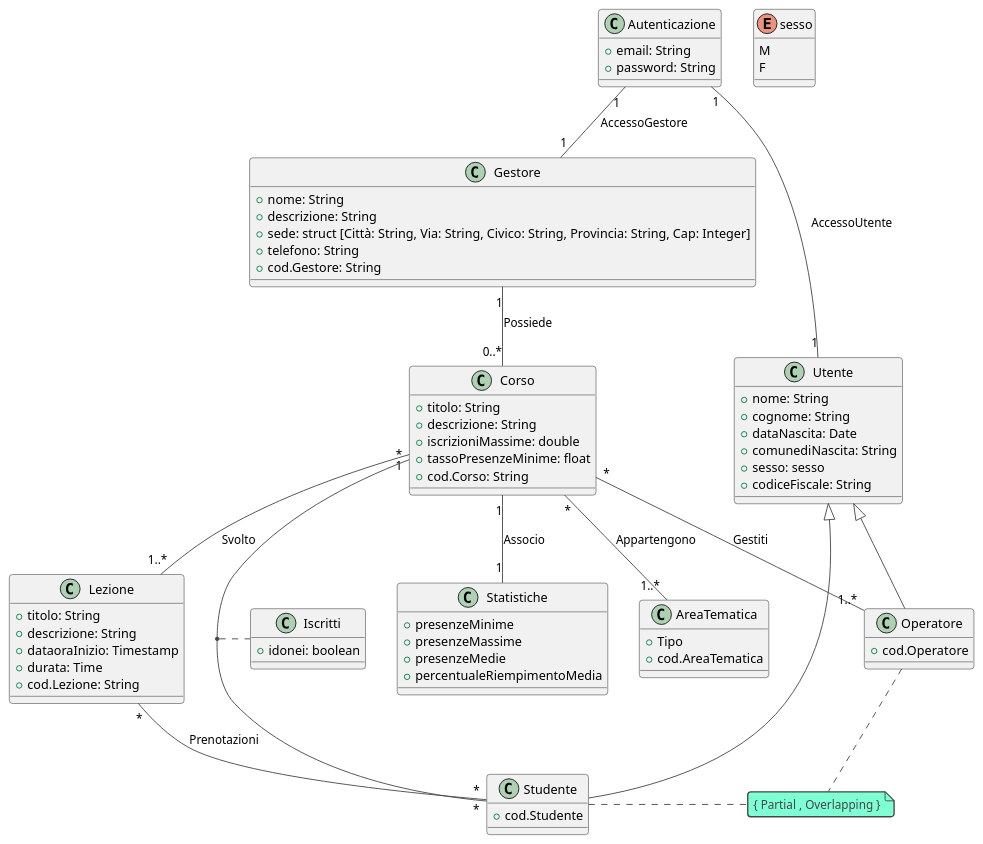
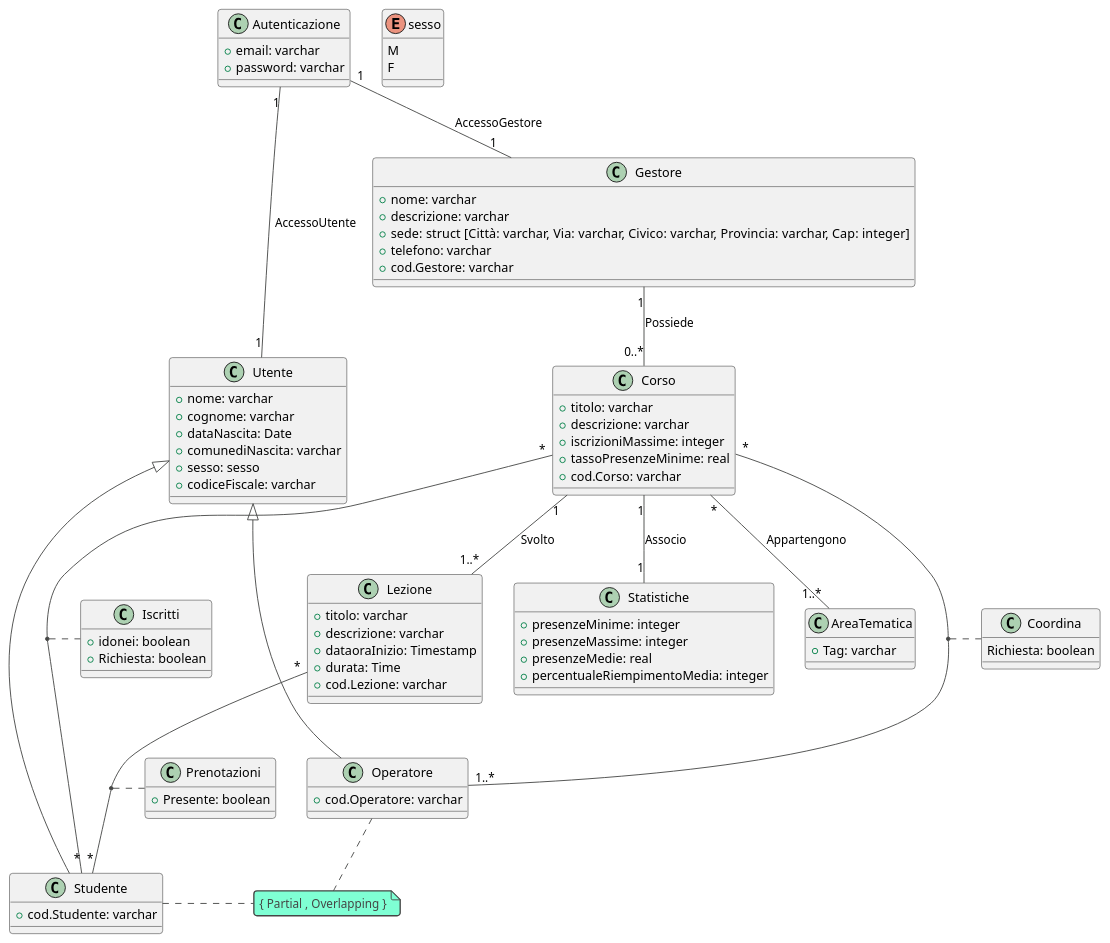
Before and after one commit to agostino-code/OO-BDI-Project: the diagram in UML.puml, drawn with PlantUML. The commit also changed 82 other files, not shown here.

```diff
--- a/UML.puml
+++ b/UML.puml
@@ -1,78 +1,86 @@
 @startuml
 
 'https://plantuml.com/class-diagram
 !theme vibrant
 class Autenticazione {
-  +email: String
-  +password: String
+  +email: varchar
+  +password: varchar
 }
 Autenticazione "1" -- "1" Utente :AccessoUtente
 Autenticazione "1" -- "1" Gestore :AccessoGestore
 class Utente{
-  +nome: String
-  +cognome: String
+  +nome: varchar
+  +cognome: varchar
   +dataNascita: Date
-  +comunediNascita: String
+  +comunediNascita: varchar
   +sesso: sesso
-  +codiceFiscale: String
+  +codiceFiscale: varchar
 }
 class Gestore {
-  +nome: String
-  +descrizione: String
-  +sede: struct [Città: String, Via: String, Civico: String, Provincia: String, Cap: Integer]
-  +telefono: String
-  +cod.Gestore: String
+  +nome: varchar
+  +descrizione: varchar
+  +sede: struct [Città: varchar, Via: varchar, Civico: varchar, Provincia: varchar, Cap: integer]
+  +telefono: varchar
+  +cod.Gestore: varchar
 }
 class Operatore{
-  +cod.Operatore
+  +cod.Operatore: varchar
 }
 class Studente{
-  +cod.Studente
+  +cod.Studente: varchar
 }
 enum sesso{
 M
 F
 }
-Utente <|-- Operatore
-Utente <|-- Studente
+Utente <|--- Operatore
+Utente <|--- Studente
 note "{ Partial , Overlapping }" as N1
 Studente . N1
 Operatore . N1
 
 Gestore "1" -- "0..*" Corso:Possiede
 Corso "*" -- "*" Studente
-Corso "*" -- "1..*" Operatore:Gestiti
+Corso "*" -- "1..*" Operatore
+(Corso,Operatore)..Coordina
+class Coordina{
+Richiesta: boolean
+}
 class Corso{
-  +titolo: String
-  +descrizione: String
-  +iscrizioniMassime: double
-  +tassoPresenzeMinime: float
-  +cod.Corso: String
+  +titolo: varchar
+  +descrizione: varchar
+  +iscrizioniMassime: integer
+  +tassoPresenzeMinime: real
+  +cod.Corso: varchar
 }
 class Lezione{
-  +titolo: String
-  +descrizione: String
+  +titolo: varchar
+  +descrizione: varchar
   +dataoraInizio: Timestamp
   +durata: Time
-  +cod.Lezione: String
+  +cod.Lezione: varchar
 }
 Corso "1" -- "1..*" Lezione:Svolto
 (Corso, Studente) .. Iscritti
-Lezione "*" -- "*" Studente:Prenotazioni
+Lezione "*" -- "*" Studente
+(Lezione,Studente) .. Prenotazioni
+class Prenotazioni{
++Presente: boolean
+}
 class Iscritti{
 +idonei: boolean
++Richiesta: boolean
 }
 class Statistiche{
-  +presenzeMinime
-  +presenzeMassime
-  +presenzeMedie
-  +percentualeRiempimentoMedia
+  +presenzeMinime: integer
+  +presenzeMassime: integer
+  +presenzeMedie: real
+  +percentualeRiempimentoMedia: integer
 }
 Corso "1" -- "1" Statistiche:Associo
 class AreaTematica{
-  +Tipo
-  +cod.AreaTematica
+  +Tag: varchar
 }
 Corso "*" -- "1..*" AreaTematica:Appartengono
 
 @enduml
```
